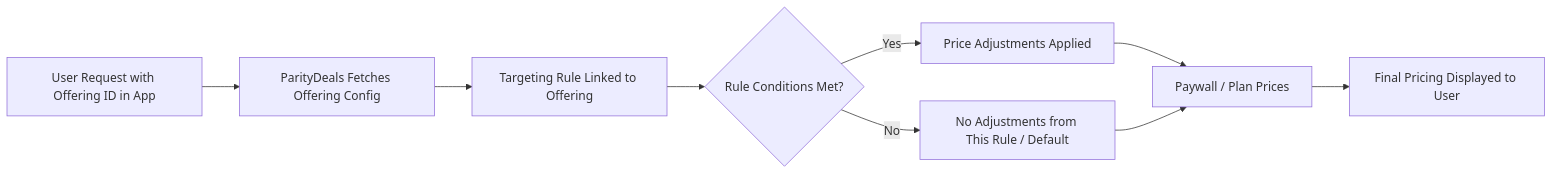
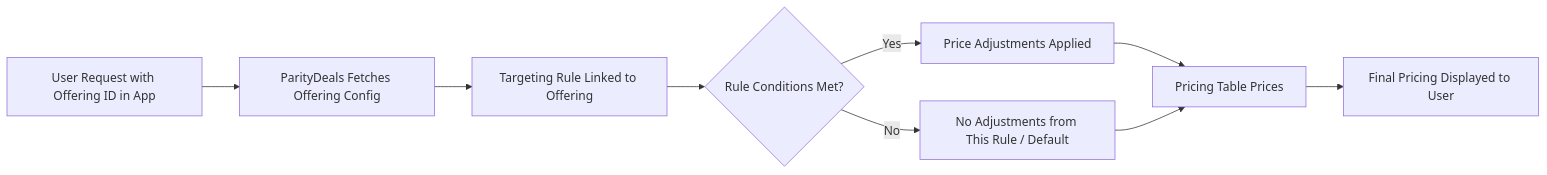
Before and after one commit to paritydeals/docs: the second of 2 diagrams in monetization/targeting-rules.mdx, drawn with Mermaid. The commit also changed other lines of this file and 81 other files, not shown here.

Commit message:
rename paywall to pricing table

````diff
--- a/monetization/targeting-rules.mdx
+++ b/monetization/targeting-rules.mdx
@@ -180,11 +180,11 @@
 ```mermaid
 graph LR
     A[User Request with Offering ID in App] --> B[ParityDeals Fetches Offering Config]
     B --> C[Targeting Rule Linked to Offering]
     C --> D{Rule Conditions Met?}
     D -->|Yes| E[Price Adjustments Applied]
     D -->|No| F[No Adjustments from This Rule / Default]
-    E --> G[Paywall / Plan Prices]
+    E --> G[Pricing Table Prices]
     F --> G
     G --> H[Final Pricing Displayed to User]
 ```
````
